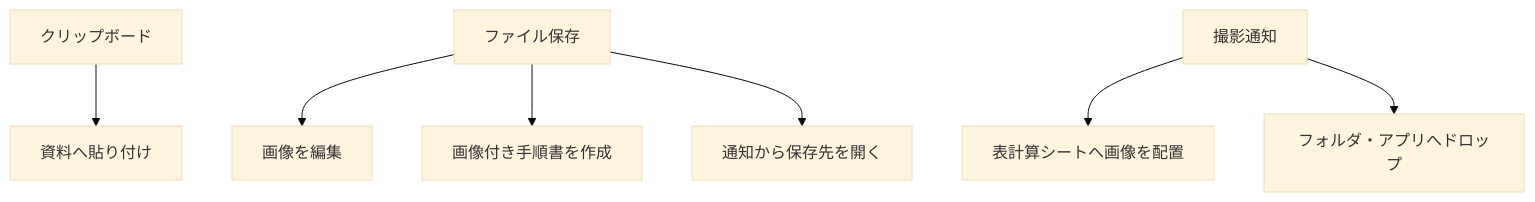
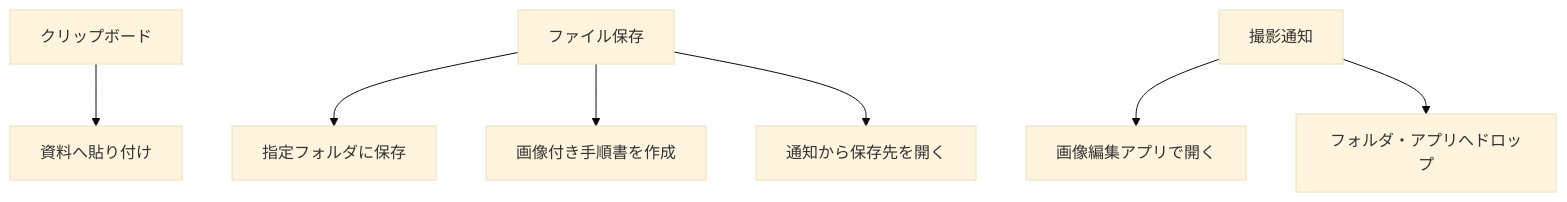
One commit to KotorinChunChun/SSCapture changed the second of 3 diagrams in README.md. Above: the diagram before and after it, drawn with Mermaid (base theme).

Commit message:
Update flowchart in README.md for clarity

````diff
--- a/README.md
+++ b/README.md
@@ -34,9 +34,9 @@
 ```mermaid
 flowchart TB
     clipboard["クリップボード"] --> document["資料へ貼り付け"]
-    file["ファイル保存"] --> editor["画像を編集"]
+    file["ファイル保存"] --> save["指定フォルダに保存"]
     file --> manual["画像付き手順書を作成"]
     file --> openFolder["通知から保存先を開く"]
-    notice["撮影通知"] --> spreadsheet["表計算シートへ画像を配置"]
+    notice["撮影通知"] --> openEditor["画像編集アプリで開く"]
     notice --> drop["フォルダ・アプリへドロップ"]
 ```
````
